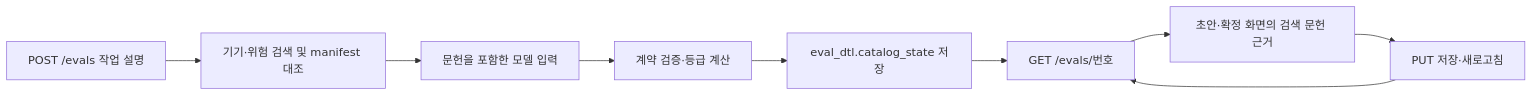
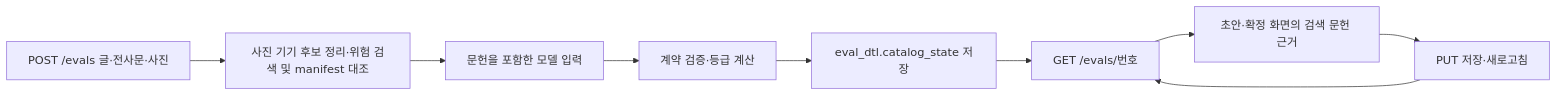
Before and after one commit to chaechae001/SafeT: the diagram in docs/implementation/authoring-rag-local-integration.md, drawn with Mermaid. The commit also changed other lines of this file and 10 other files, not shown here.

````diff
--- a/docs/implementation/authoring-rag-local-integration.md
+++ b/docs/implementation/authoring-rag-local-integration.md
@@ -5,11 +5,11 @@
 ```mermaid
 flowchart LR
- A[POST /evals 작업 설명] --> B[기기·위험 검색 및 manifest 대조]
+ A[POST /evals 글·전사문·사진] --> B[사진 기기 후보 정리·위험 검색 및 manifest 대조]
  B --> C[문헌을 포함한 모델 입력]
  C --> D[계약 검증·등급 계산]
  D --> E[eval_dtl.catalog_state 저장]
  E --> F[GET /evals/번호]
  F --> G[초안·확정 화면의 검색 문헌 근거]
  G --> H[PUT 저장·새로고침]
  H --> F
 ```
````
